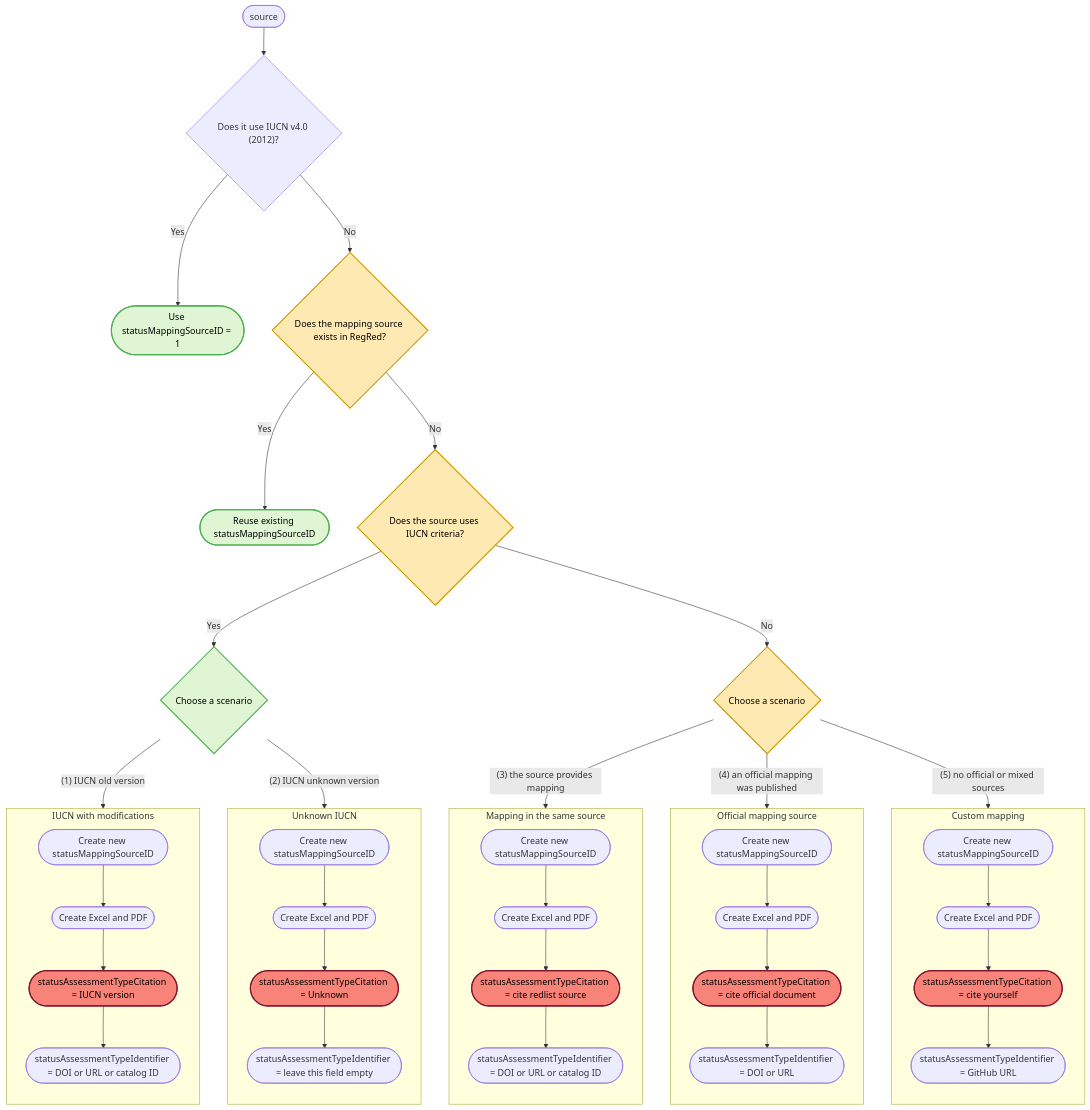
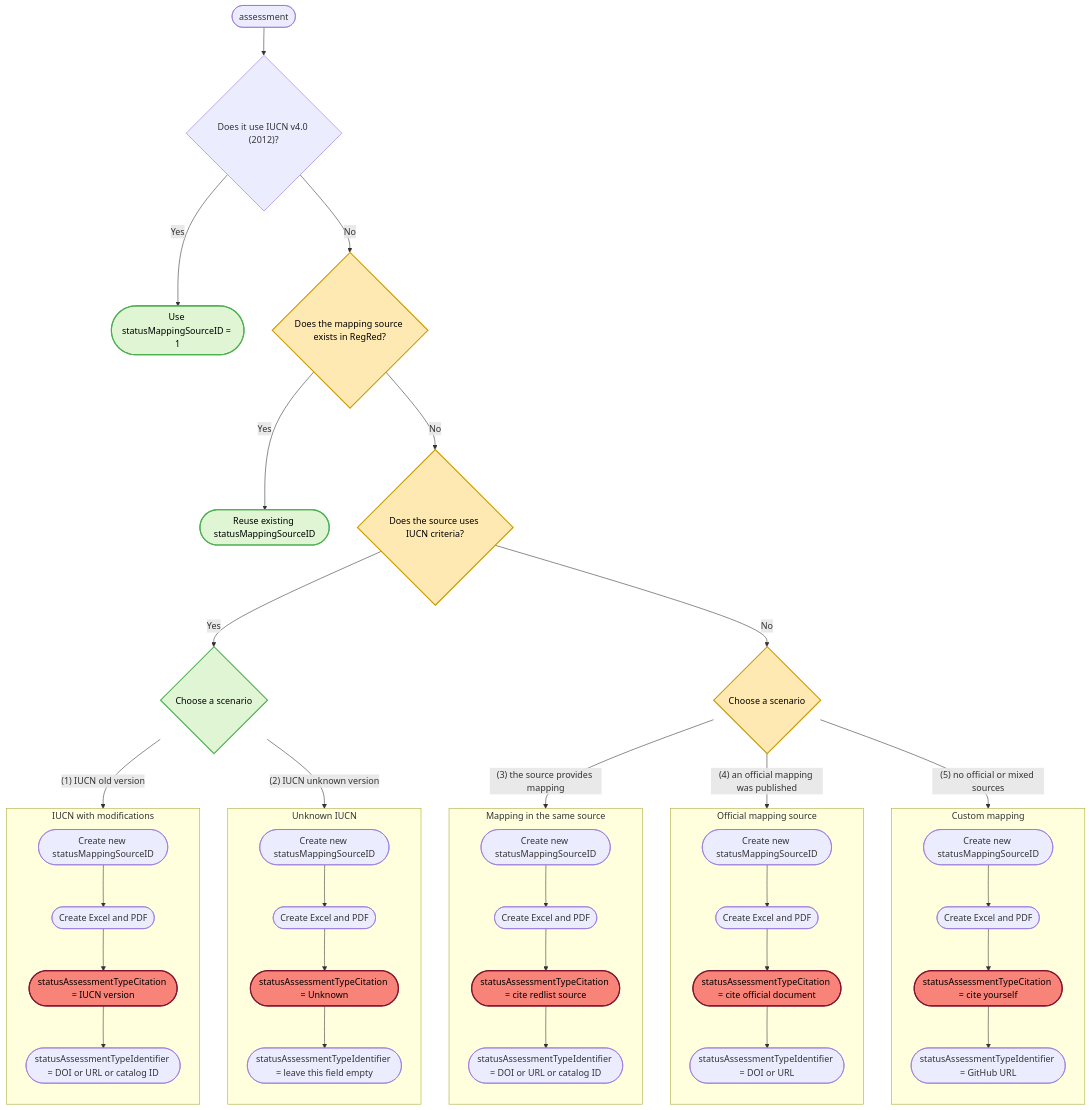
Before and after one commit to RegRed-project/data_extraction_protocol: the diagram in sections/workflows/for_data_extractors/step_2.qmd, drawn with Mermaid. The commit also changed other lines of this file and 5 other files, not shown here.

````diff
--- a/sections/workflows/for_data_extractors/step_2.qmd
+++ b/sections/workflows/for_data_extractors/step_2.qmd
@@ -146,78 +159,78 @@
 ```{mermaid}
 flowchart TD
-  Start(["source"]) --> IUCN{"Does it use IUCN v4.0 (2012)?"}
+  Start(["assessment"]) --> IUCN{"Does it use IUCN v4.0 (2012)?"}
   IUCN -- "Yes" --> Use1(["Use statusMappingSourceID = 1"])
   IUCN -- "No" --> Exists{"Does the mapping source exists in RegRed?"}
   Exists -- "Yes" --> Reuse(["Reuse existing statusMappingSourceID"])
   Exists -- "No" --> IsIUCN{"Does the source uses IUCN criteria?"}
   IsIUCN -- "Yes" --> Choose1{"Choose a scenario"}
   IsIUCN -- "No" --> Choose2{"Choose a scenario"}
 
   %% Scenario D
   Choose1 -- "(1) IUCN old version" --> D0
   subgraph D0["IUCN with modifications"]
     direction TB
     D1(["Create Excel and PDF"])
     D2(["statusAssessmentTypeCitation = IUCN version"])
     D3(["statusAssessmentTypeIdentifier = DOI or URL or catalog ID"])
     D4(["Create new statusMappingSourceID"])
     D4 --> D1 --> D2 --> D3
   end  
   
    %% Scenario E
   Choose1 -- "(2) IUCN unknown version" --> E0
   subgraph E0["Unknown IUCN"]
     direction TB
     E1(["Create Excel and PDF"])
     E2(["statusAssessmentTypeCitation = Unknown"])
     E3(["statusAssessmentTypeIdentifier = leave this field empty"])
     E4(["Create new statusMappingSourceID"])
     E4 --> E1 --> E2 --> E3
   end  
 
   %% Scenario A
   Choose2 -- "(3) the source provides mapping" --> A0
   subgraph A0["Mapping in the same source"]
     direction TB
     A1(["Create Excel and PDF"])
     A2(["statusAssessmentTypeCitation = cite redlist source"])
     A3(["statusAssessmentTypeIdentifier = DOI or URL or catalog ID"])
     A4(["Create new statusMappingSourceID"])
     A4 --> A1 --> A2 --> A3
   end
 
   %% Scenario B
   Choose2 -- "(4) an official mapping was published" --> B0
   subgraph B0["Official mapping source"]
     direction TB
     B1(["Create Excel and PDF"])
     B2(["statusAssessmentTypeCitation = cite official document"])
     B3(["statusAssessmentTypeIdentifier = DOI or URL"])
     B4(["Create new statusMappingSourceID"])
     B4 --> B1 --> B2 --> B3
   end
 
   %% Scenario C
   Choose2 -- "(5) no official or mixed sources" --> C0
   subgraph C0["Custom mapping"]
     direction TB
     C1(["Create Excel and PDF"])
     C2(["statusAssessmentTypeCitation = cite yourself"])
     C3(["statusAssessmentTypeIdentifier = GitHub URL"])
     C4(["Create new statusMappingSourceID"])
     C4 --> C1 --> C2 --> C3
   end
   
   %% --- CUSTOM COLORS ---  
   %% Define a class for decision nodes (Exists + Choose)  
   classDef decision_no fill:#FFE9B3,stroke:#CC9900,stroke-width:2px,color:#000;  
   classDef decision_yes fill:#DFF5D4,stroke:#4CAF50,stroke-width:2px,color:#000; 
   classDef citation fill:#F88379,stroke:#811331,stroke-width:2px,color:#000; 
   classDef boxes fill:#f2f3f5,stroke:#363636,stroke-width:0.5px,color:#000; 
   
   %% Apply the class to the nodes  
   class IsIUCN,Exists,Choose2 decision_no;
   class Use1,Reuse,Choose1 decision_yes;
   class A2,B2,C2,D2,E2 citation;
   %%class A0,A1,A2,A3,A4,B0,B1,B2,B3,B4,C0,C1,C2,C3,C4 boxes;
 ```
````
